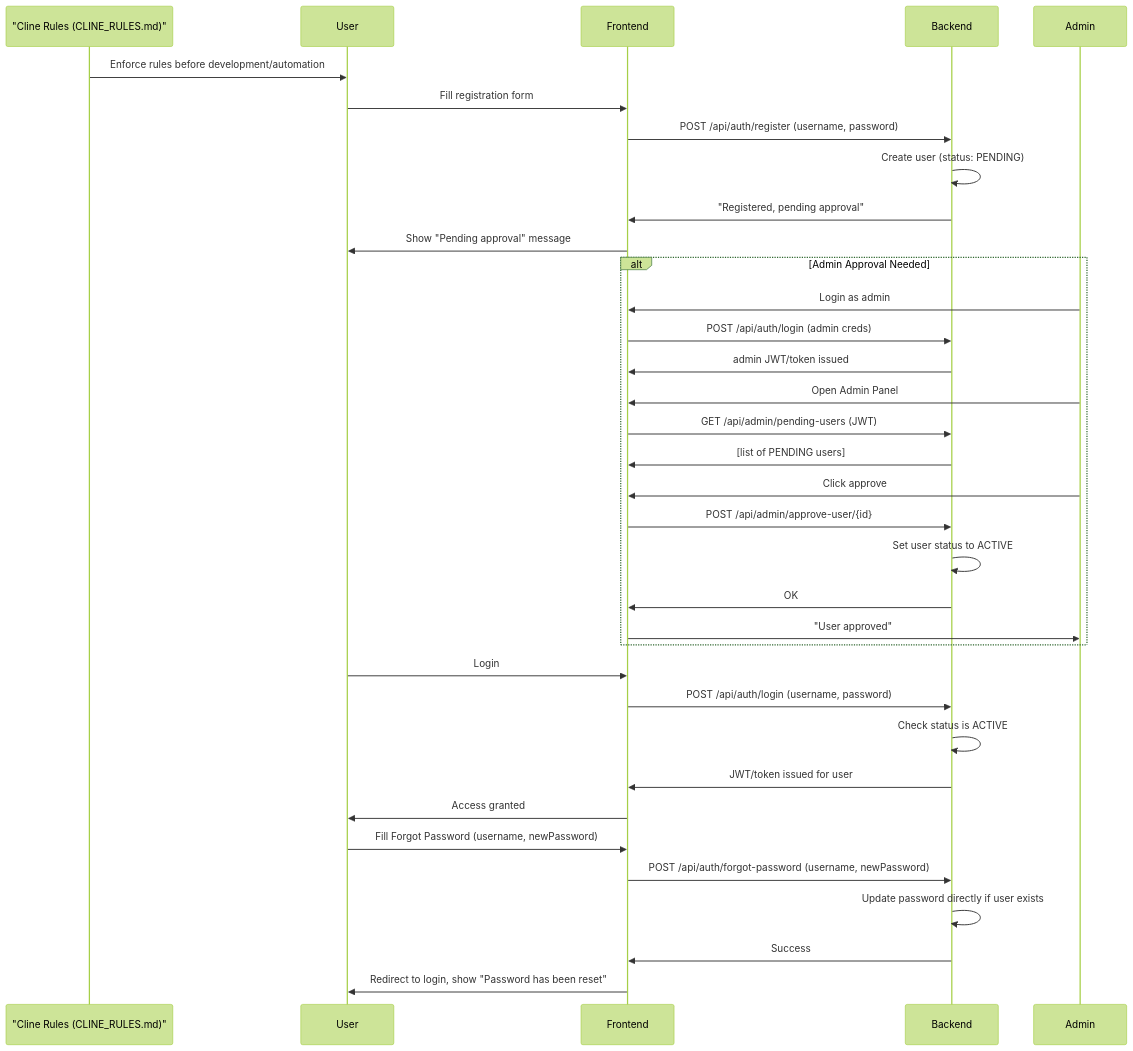
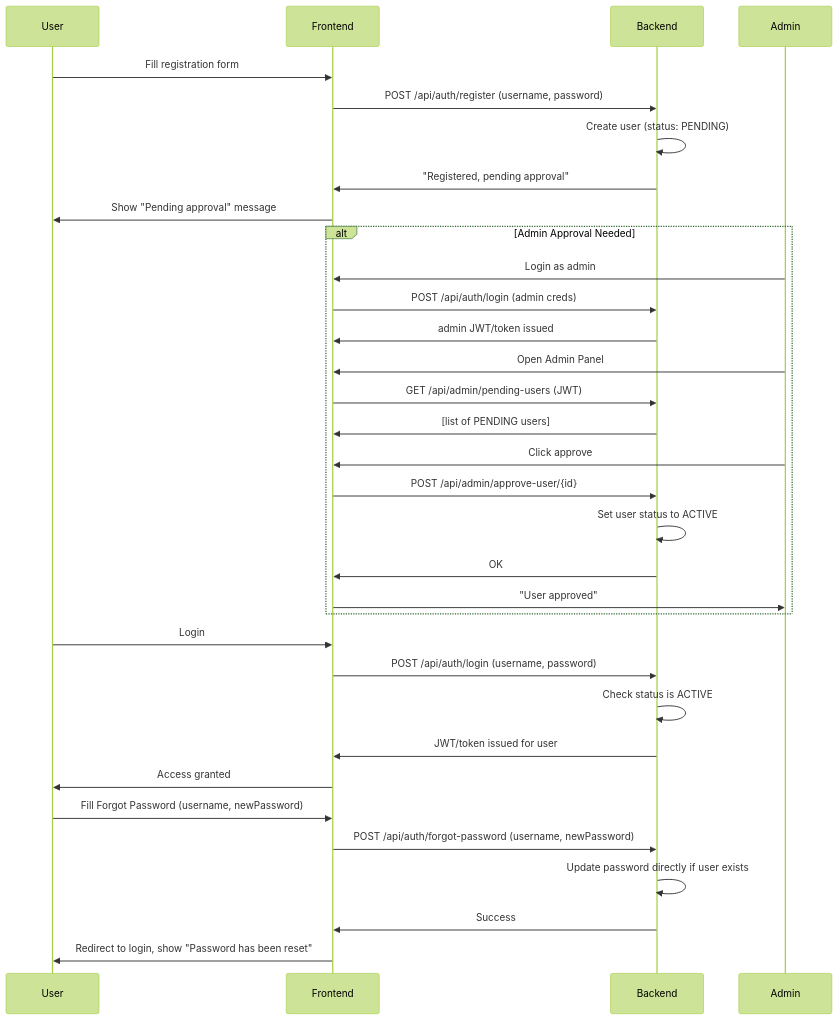
One commit to ravs788/todo-solution changed the first of 4 diagrams in flow-diagram.md. Above: the diagram before and after it, drawn with Mermaid (forest theme). The commit also changed other lines of this file and 4 other files, not shown here.

````diff
--- a/flow-diagram.md
+++ b/flow-diagram.md
@@ -15,46 +10,44 @@
 ```mermaid
 sequenceDiagram
-    participant Rules as "Cline Rules (CLINE_RULES.md)"
     participant U as User
     participant F as Frontend
     participant B as Backend
     participant A as Admin
 
     %% Enforce rules before any user/automation scenario
-    Rules->>U: Enforce rules before development/automation
 
     %% Registration and Approval Flow
     U->>F: Fill registration form
     F->>B: POST /api/auth/register (username, password)
     B->>B: Create user (status: PENDING)
     B->>F: "Registered, pending approval"
     F->>U: Show "Pending approval" message
 
     alt Admin Approval Needed
         A->>F: Login as admin
         F->>B: POST /api/auth/login (admin creds)
         B->>F: admin JWT/token issued
         A->>F: Open Admin Panel
         F->>B: GET /api/admin/pending-users (JWT)
         B->>F: [list of PENDING users]
         A->>F: Click approve
         F->>B: POST /api/admin/approve-user/{id}
         B->>B: Set user status to ACTIVE
         B->>F: OK
         F->>A: "User approved"
     end
 
     %% User login after approval
     U->>F: Login
     F->>B: POST /api/auth/login (username, password)
     B->>B: Check status is ACTIVE
     B->>F: JWT/token issued for user
     F->>U: Access granted
 
     %% Password Reset Flow (no token)
     U->>F: Fill Forgot Password (username, newPassword)
     F->>B: POST /api/auth/forgot-password (username, newPassword)
     B->>B: Update password directly if user exists
     B->>F: Success
     F->>U: Redirect to login, show "Password has been reset"
 ```
````
